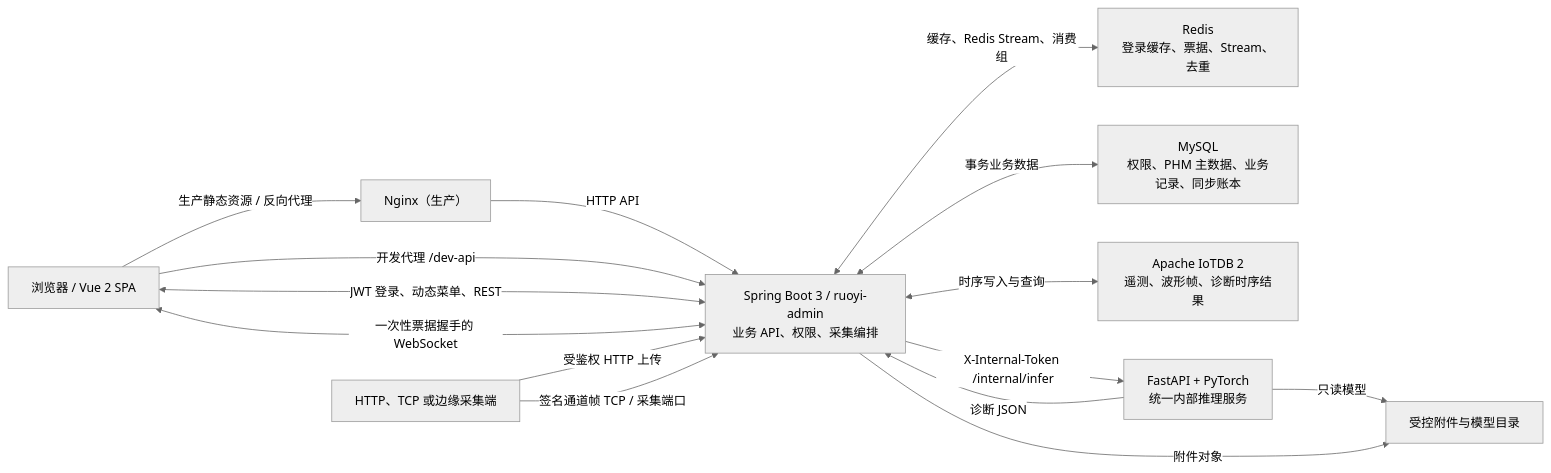
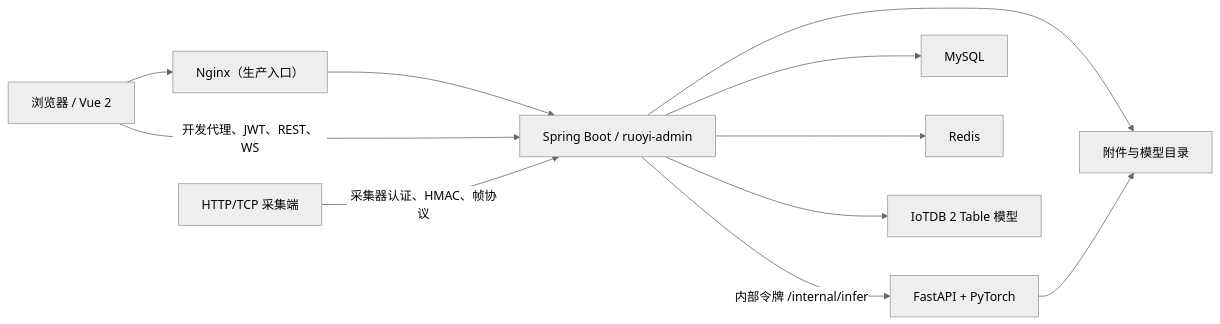
The first of 3 diagrams in AI_PROJECT_OVERVIEW.md (wangjiarui777/C-power_sheararm_platform), drawn with Mermaid (neutral theme) before and after one commit. The commit also changed other lines of this file and 128 other files, not shown here.

````diff
--- a/AI_PROJECT_OVERVIEW.md
+++ b/AI_PROJECT_OVERVIEW.md
@@ -78,27 +108,23 @@
 ```mermaid
 flowchart LR
-    U["浏览器 / Vue 2 SPA"]
-    C["HTTP、TCP 或边缘采集端"]
-    N["Nginx（生产）"]
-    J["Spring Boot 3 / ruoyi-admin<br/>业务 API、权限、采集编排"]
-    R["Redis<br/>登录缓存、票据、Stream、去重"]
-    M["MySQL<br/>权限、PHM 主数据、业务记录、同步账本"]
-    T["Apache IoTDB 2<br/>遥测、波形帧、诊断时序结果"]
-    P["FastAPI + PyTorch<br/>统一内部推理服务"]
-    F["受控附件与模型目录"]
+    U["浏览器 / Vue 2"]
+    N["Nginx（生产入口）"]
+    J["Spring Boot / ruoyi-admin"]
+    P["FastAPI + PyTorch"]
+    M["MySQL"]
+    R["Redis"]
+    T["IoTDB 2 Table 模型"]
+    F["附件与模型目录"]
+    E["HTTP/TCP 采集端"]
 
-    U -->|"生产静态资源 / 反向代理"| N
-    N -->|"HTTP API"| J
-    U -->|"开发代理 /dev-api"| J
-    U <-->|"JWT 登录、动态菜单、REST"| J
-    U <-->|"一次性票据握手的 WebSocket"| J
-    C -->|"受鉴权 HTTP 上传"| J
-    C -->|"签名通道帧 TCP / 采集端口"| J
-    J <-->|"缓存、Redis Stream、消费组"| R
-    J <-->|"事务业务数据"| M
-    J <-->|"时序写入与查询"| T
-    J -->|"X-Internal-Token /internal/infer"| P
-    P -->|"诊断 JSON"| J
-    P -->|"只读模型"| F
-    J -->|"附件对象"| F
+    U --> N
+    N --> J
+    U -->|"开发代理、JWT、REST、WS"| J
+    E -->|"采集器认证、HMAC、帧协议"| J
+    J -->|"内部令牌 /internal/infer"| P
+    J --> M
+    J --> R
+    J --> T
+    J --> F
+    P --> F
 ```
````
